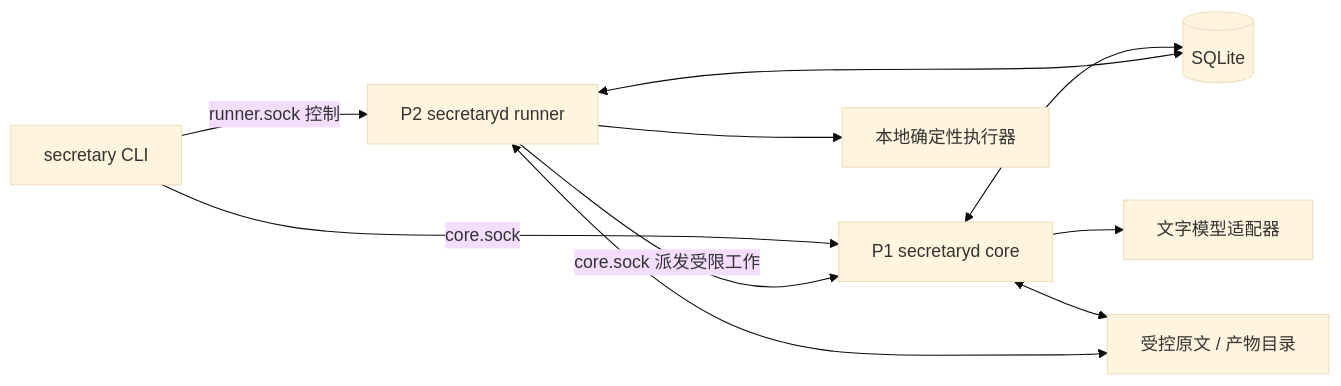
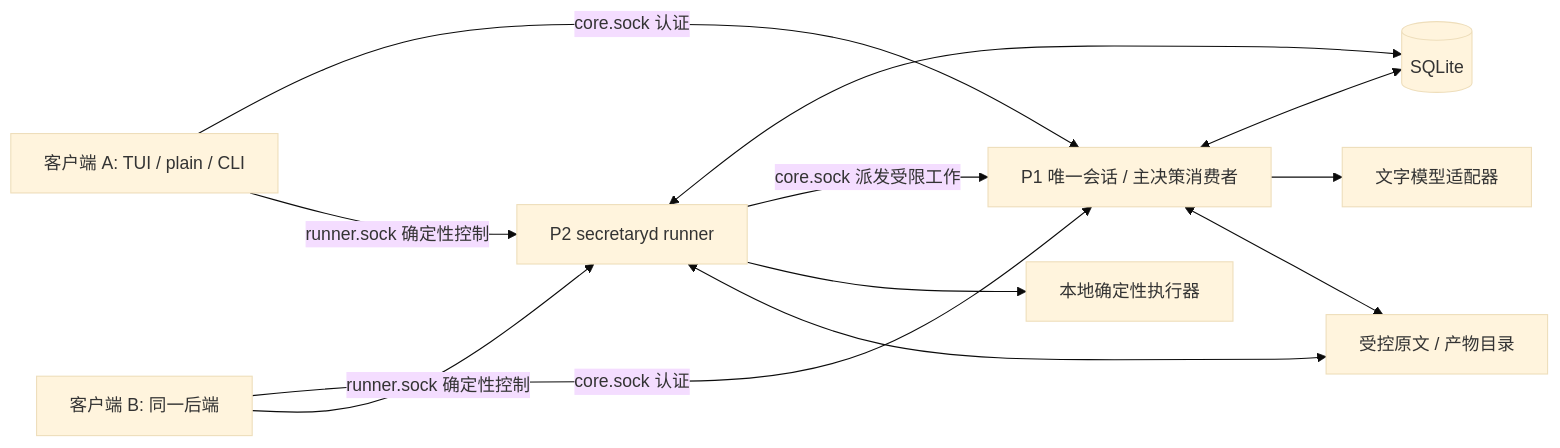
One commit to ExplodeCode6324/Secretary_Simplified changed the diagram in docs/EngineeringArchitecture.md. Above: the diagram before and after it, drawn with Mermaid (base theme). The commit also changed other lines of this file and 149 other files, not shown here.

````diff
--- a/docs/EngineeringArchitecture.md
+++ b/docs/EngineeringArchitecture.md
@@ -7,12 +7,14 @@
 ```mermaid
 flowchart LR
-  CLI[secretary CLI] -->|core.sock| P1[P1 secretaryd core]
-  CLI -->|runner.sock 控制| P2[P2 secretaryd runner]
+  CLI[客户端 A: TUI / plain / CLI] -->|core.sock 认证| P1[P1 唯一会话 / 主决策消费者]
+  Other[客户端 B: 同一后端] -->|core.sock 认证| P1
+  CLI -->|runner.sock 确定性控制| P2[P2 secretaryd runner]
+  Other -->|runner.sock 确定性控制| P2
   P1 <--> DB[(SQLite)]
   P2 <--> DB
   P2 -->|core.sock 派发受限工作| P1
   P1 --> Model[文字模型适配器]
   P2 --> Device[本地确定性执行器]
   P1 <--> Files[受控原文 / 产物目录]
   P2 <--> Files
 ```
````
